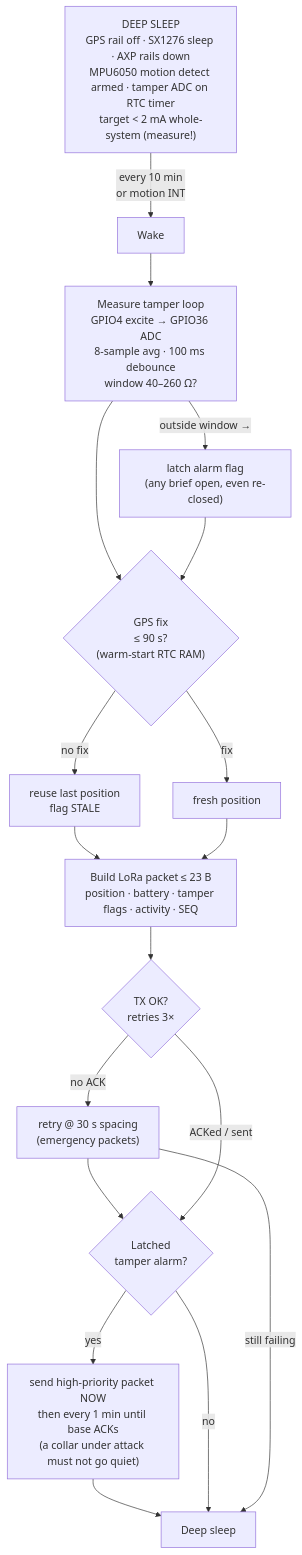
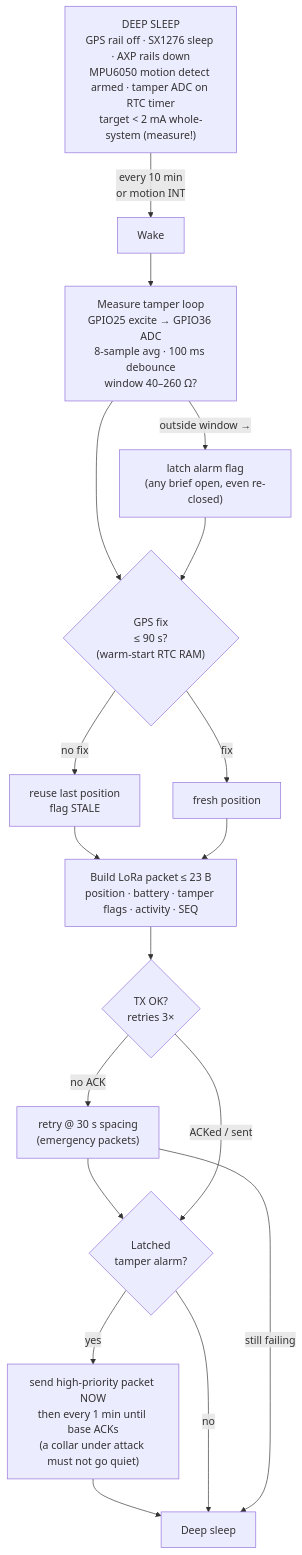
One commit to qppd/smart-collar changed the first of 4 diagrams in docs/FLOWCHART.md. Above: the diagram before and after it, drawn with Mermaid. The commit also changed 7 other files, not shown here.

````diff
--- a/docs/FLOWCHART.md
+++ b/docs/FLOWCHART.md
@@ -11,21 +11,21 @@
 ```mermaid
 flowchart TB
     SLEEP["DEEP SLEEP<br/>GPS rail off · SX1276 sleep · AXP rails down<br/>MPU6050 motion detect armed · tamper ADC on RTC timer<br/>target &lt; 2 mA whole-system (measure!)"]
     SLEEP -- "every 10 min<br/>or motion INT" --> WAKE["Wake"]
-    WAKE --> TAMPER["Measure tamper loop<br/>GPIO4 excite → GPIO36 ADC<br/>8-sample avg · 100 ms debounce<br/>window 40–260 Ω?"]
+    WAKE --> TAMPER["Measure tamper loop<br/>GPIO25 excite → GPIO36 ADC<br/>8-sample avg · 100 ms debounce<br/>window 40–260 Ω?"]
     TAMPER --> GFIX{"GPS fix<br/>≤ 90 s?<br/>(warm-start RTC RAM)"}
     GFIX -- "no fix" --> STALE["reuse last position<br/>flag STALE"]
     GFIX -- "fix" --> POS["fresh position"]
     STALE --> PKT
     POS --> PKT["Build LoRa packet ≤ 23 B<br/>position · battery · tamper flags · activity · SEQ"]
     PKT --> TX{"TX OK?<br/>retries 3×"}
     TX -- "no ACK" --> RETRY["retry @ 30 s spacing<br/>(emergency packets)"]
     RETRY --> LATCHQ
     TX -- "ACKed / sent" --> LATCHQ{"Latched<br/>tamper alarm?"}
     LATCHQ -- "yes" --> NOW["send high-priority packet NOW<br/>then every 1 min until base ACKs<br/>(a collar under attack must not go quiet)"]
     NOW --> BACK
     LATCHQ -- "no" --> BACK["Deep sleep"]
     RETRY -- "still failing" --> BACK
     TAMPER -- "outside window →" --> LATCHEV["latch alarm flag<br/>(any brief open, even re-closed)"]
     LATCHEV --> GFIX
 ```
````
